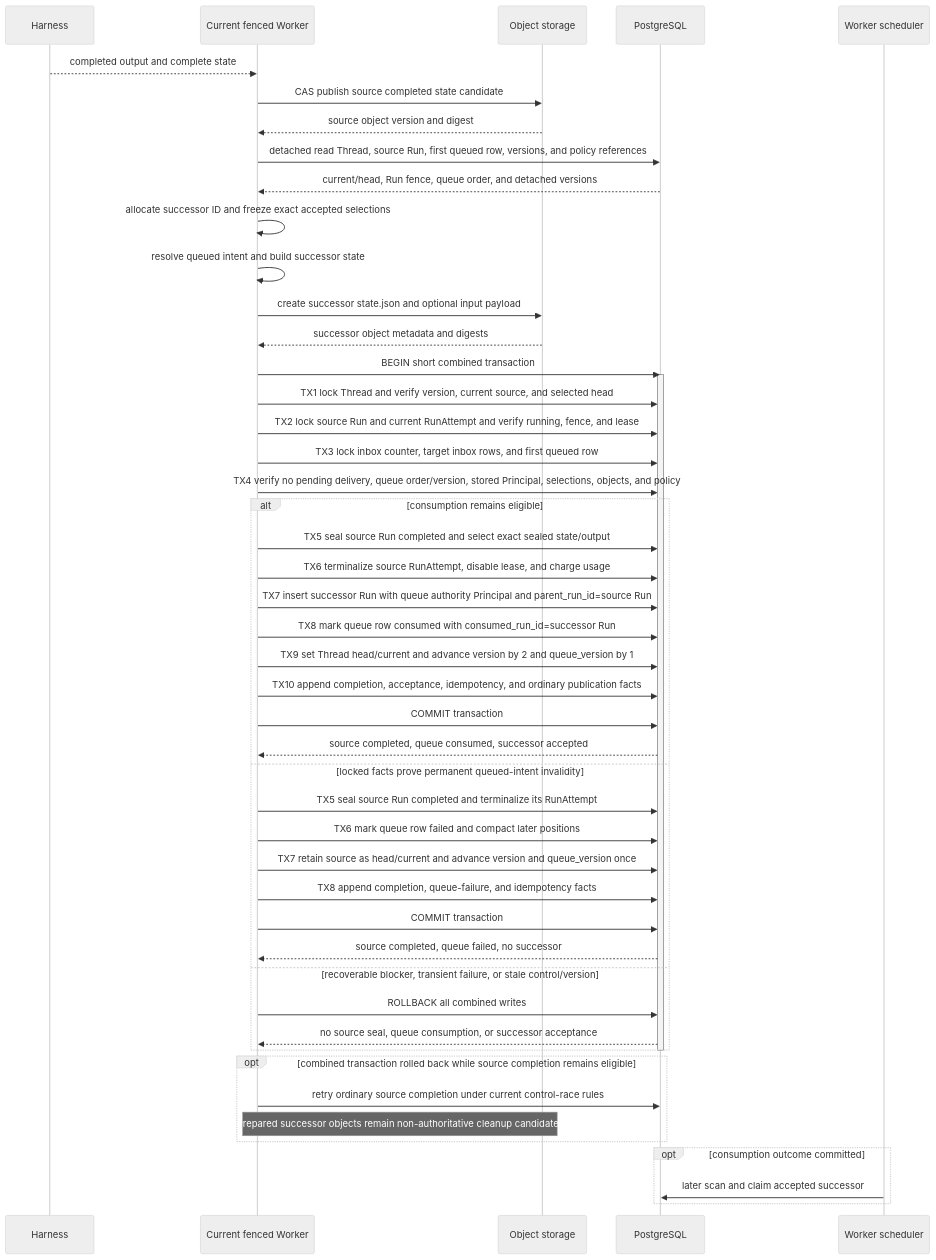
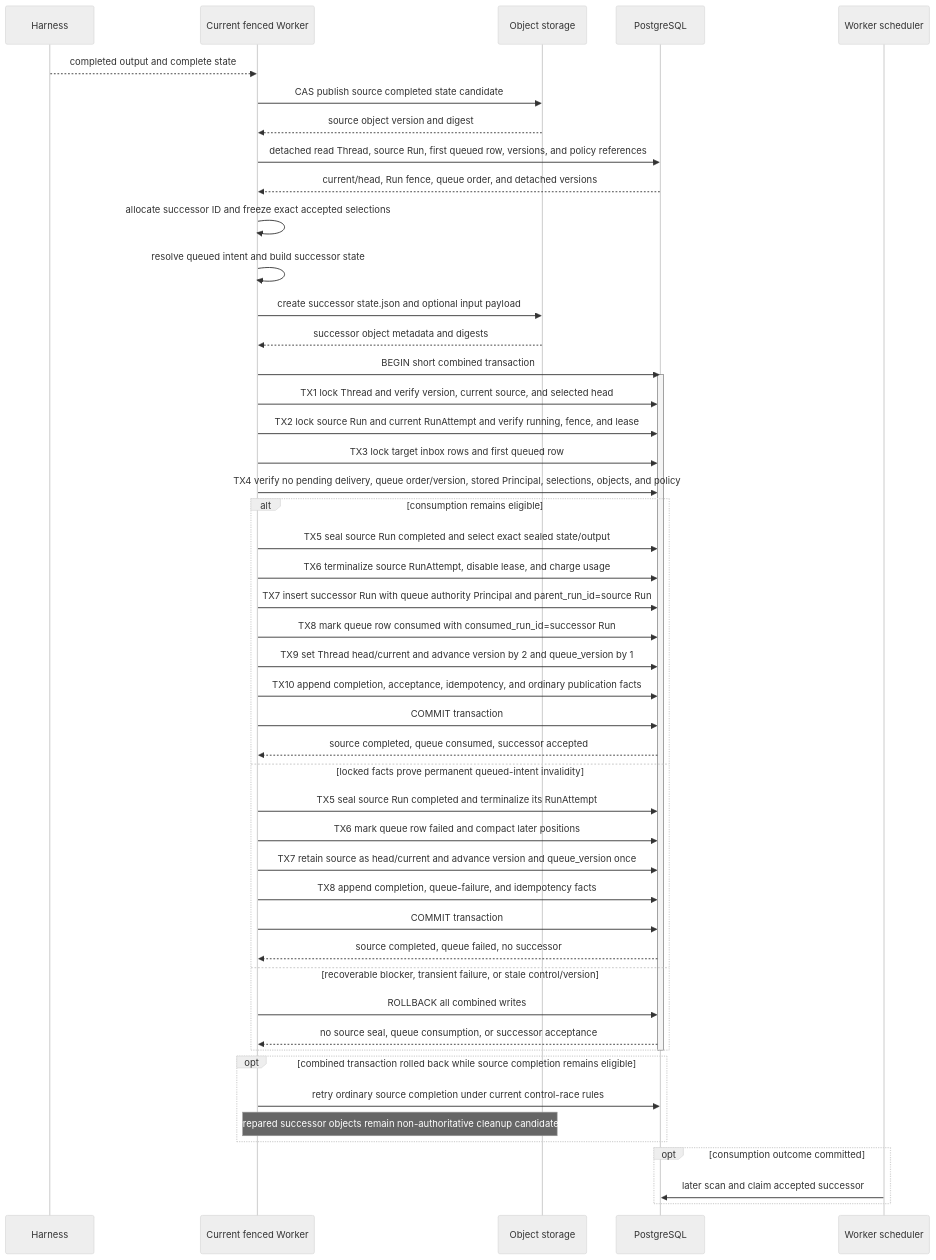
The diagram in spec/a13n-service/20-agent-control-queued-submissions.md (LTThreeComma/agent-foundation), drawn with Mermaid (neutral theme) before and after one commit. The commit also changed other lines of this file and 119 other files, not shown here.

````diff
--- a/spec/a13n-service/20-agent-control-queued-submissions.md
+++ b/spec/a13n-service/20-agent-control-queued-submissions.md
@@ -188,54 +188,54 @@
 ```mermaid
 sequenceDiagram
     participant Harness
     participant Worker as Current fenced Worker
     participant Objects as Object storage
     participant DB as PostgreSQL
     participant NextWorker as Worker scheduler
 
     Harness-->>Worker: completed output and complete state
     Worker->>Objects: CAS publish source completed state candidate
     Objects-->>Worker: source object version and digest
     Worker->>DB: detached read Thread, source Run, first queued row, versions, and policy references
     DB-->>Worker: current/head, Run fence, queue order, and detached versions
     Worker->>Worker: allocate successor ID and freeze exact accepted selections
     Worker->>Worker: resolve queued intent and build successor state
     Worker->>Objects: create successor state.json and optional input payload
     Objects-->>Worker: successor object metadata and digests
 
     Worker->>DB: BEGIN short combined transaction
     activate DB
     Worker->>DB: TX1 lock Thread and verify version, current source, and selected head
     Worker->>DB: TX2 lock source Run and current RunAttempt and verify running, fence, and lease
-    Worker->>DB: TX3 lock inbox counter, target inbox rows, and first queued row
+    Worker->>DB: TX3 lock target inbox rows and first queued row
     Worker->>DB: TX4 verify no pending delivery, queue order/version, stored Principal, selections, objects, and policy
     alt consumption remains eligible
         Worker->>DB: TX5 seal source Run completed and select exact sealed state/output
         Worker->>DB: TX6 terminalize source RunAttempt, disable lease, and charge usage
         Worker->>DB: TX7 insert successor Run with queue authority Principal and parent_run_id=source Run
         Worker->>DB: TX8 mark queue row consumed with consumed_run_id=successor Run
         Worker->>DB: TX9 set Thread head/current and advance version by 2 and queue_version by 1
         Worker->>DB: TX10 append completion, acceptance, idempotency, and ordinary publication facts
         Worker->>DB: COMMIT transaction
         DB-->>Worker: source completed, queue consumed, successor accepted
     else locked facts prove permanent queued-intent invalidity
         Worker->>DB: TX5 seal source Run completed and terminalize its RunAttempt
         Worker->>DB: TX6 mark queue row failed and compact later positions
         Worker->>DB: TX7 retain source as head/current and advance version and queue_version once
         Worker->>DB: TX8 append completion, queue-failure, and idempotency facts
         Worker->>DB: COMMIT transaction
         DB-->>Worker: source completed, queue failed, no successor
     else recoverable blocker, transient failure, or stale control/version
         Worker->>DB: ROLLBACK all combined writes
         DB-->>Worker: no source seal, queue consumption, or successor acceptance
     end
     deactivate DB
 
     opt combined transaction rolled back while source completion remains eligible
         Worker->>DB: retry ordinary source completion under current control-race rules
         Note over Worker,Objects: Prepared successor objects remain non-authoritative cleanup candidates
     end
     opt consumption outcome committed
         NextWorker->>DB: later scan and claim accepted successor
     end
 ```
````
